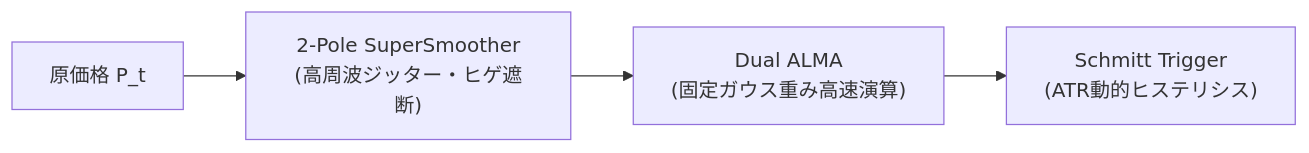
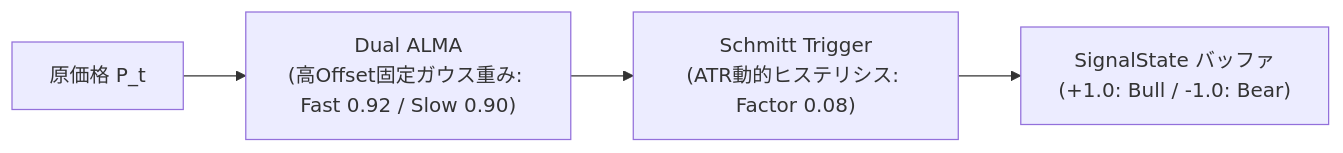
One commit to tomosawa0527-collab/Hybrid_DFA_SmoothedRSI_ALMA changed the second of 2 diagrams in README.md. Above: the diagram before and after it, drawn with Mermaid. The commit also changed other lines of this file and 2 other files, not shown here.

First line of the commit message:
feat(DualALMA): 遅延解消と超低遅延・高平滑化アーキテクチャの確立 (v1.6.2)

````diff
--- a/README.md
+++ b/README.md
@@ -100,6 +100,6 @@
 ```mermaid
 flowchart LR
-    A["原価格 P_t"] --> B["2-Pole SuperSmoother<br/>(高周波ジッター・ヒゲ遮断)"]
-    B --> C["Dual ALMA<br/>(固定ガウス重み高速演算)"]
-    C --> D["Schmitt Trigger<br/>(ATR動的ヒステリシス)"]
+    A["原価格 P_t"] --> B["Dual ALMA<br/>(高Offset固定ガウス重み: Fast 0.92 / Slow 0.90)"]
+    B --> C["Schmitt Trigger<br/>(ATR動的ヒステリシス: Factor 0.08)"]
+    C --> D["SignalState バッファ<br/>(+1.0: Bull / -1.0: Bear)"]
 ```
````
